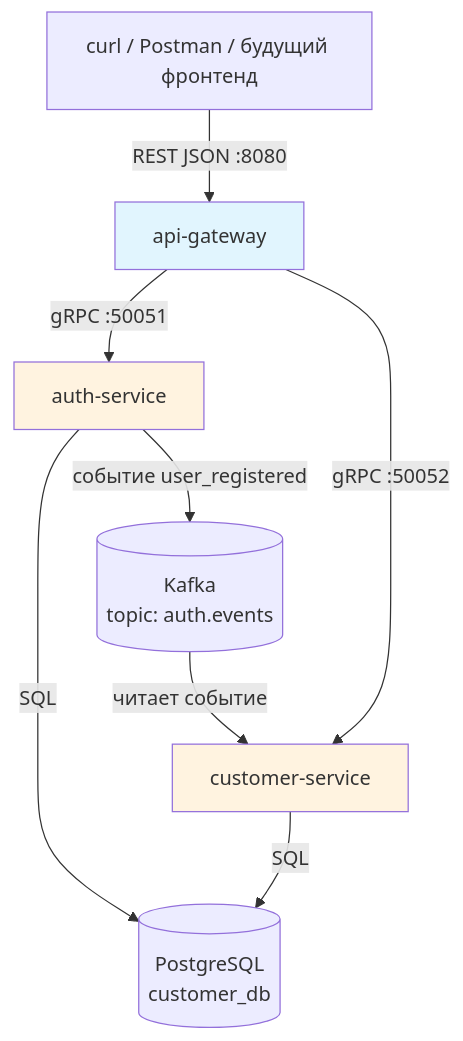
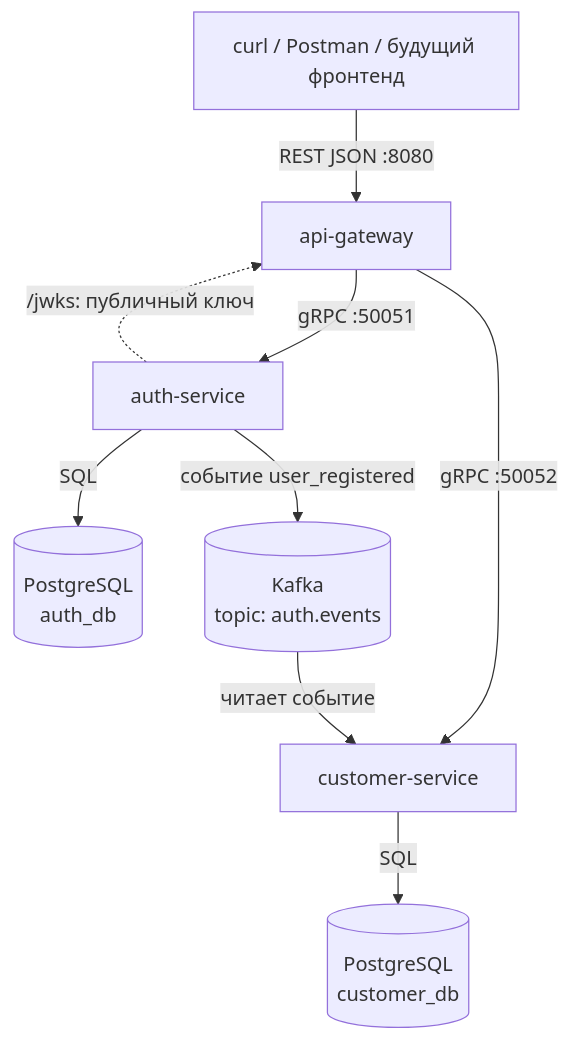
The first of 2 diagrams in README.md (ttoottee173-del/Mini-Core), drawn with Mermaid before and after one commit. The commit also changed other lines of this file and 58 other files, not shown here.

````diff
--- a/README.md
+++ b/README.md
@@ -11,14 +59,11 @@
 ```mermaid
 graph TD
-    Client["curl / Postman / будущий фронтенд"] -->|REST JSON :8080| GW[api-gateway]
+    Client["curl / Postman / будущий фронтенд"] -->|"REST JSON :8080"| GW[api-gateway]
     GW -->|"gRPC :50051"| AUTH[auth-service]
     GW -->|"gRPC :50052"| CUST[customer-service]
-    AUTH -->|SQL| PG[(PostgreSQL<br/>auth_db)]
-    CUST -->|SQL| PG[(PostgreSQL<br/>customer_db)]
+    AUTH -->|SQL| PGA[(PostgreSQL<br/>auth_db)]
+    CUST -->|SQL| PGC[(PostgreSQL<br/>customer_db)]
     AUTH -->|"событие user_registered"| K[(Kafka<br/>topic: auth.events)]
     K -->|"читает событие"| CUST
-
-    style GW fill:#e1f5fe
-    style AUTH fill:#fff3e0
-    style CUST fill:#fff3e0
+    AUTH -.->|"/jwks: публичный ключ"| GW
 ```
````
